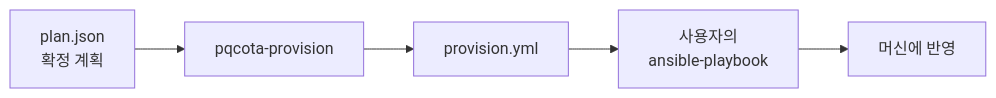
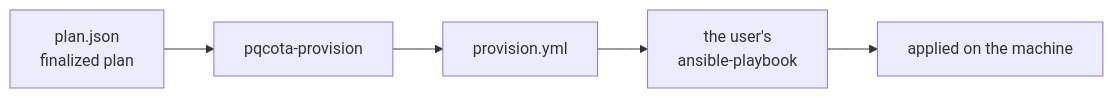
The first of 2 diagrams in provisioning/README.md (randyinthedev-hash/pqcota), drawn with Mermaid before and after one commit. The commit also changed other lines of this file and 80 other files, not shown here.

````diff
--- a/provisioning/README.md
+++ b/provisioning/README.md
@@ -15,5 +12,5 @@
 ```mermaid
 flowchart LR
-    P["plan.json<br/>확정 계획"] --> G["pqcota-provision"] --> Y["provision.yml"]
-    Y --> A["사용자의<br/>ansible-playbook"] --> M["머신에 반영"]
+    P["plan.json<br/>finalized plan"] --> G["pqcota-provision"] --> Y["provision.yml"]
+    Y --> A["the user's<br/>ansible-playbook"] --> M["applied on the machine"]
 ```
````
